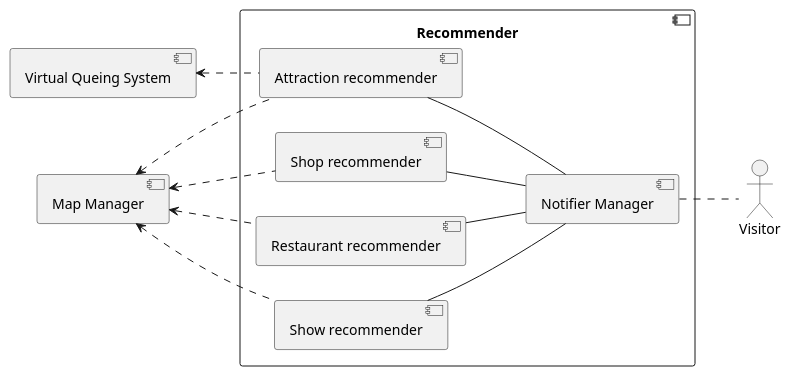
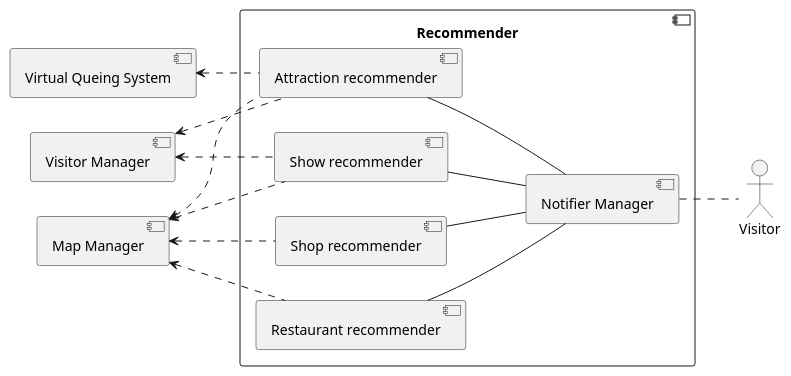
Before and after one commit to ICPS-MicroCity/amusement-park-analysis: the diagram in doc/res/recommender.puml, drawn with PlantUML. The commit also changed 8 other files, not shown here.

Commit message:
docs: architectures pictures

```diff
--- a/doc/res/recommender.puml
+++ b/doc/res/recommender.puml
@@ -1,31 +1,35 @@
 @startuml recommender
 left to right direction
 
 component "Map Manager" as map_manager
 component "Virtual Queing System" as virtual_queing
+component "Visitor Manager" as visitor_manager
 
 component "Recommender" {
     left to right direction
     component "Notifier Manager" as notifier_manager
     component "Shop recommender" as shop_recommender
     component "Attraction recommender" as attraction_recommender
     component "Show recommender" as show_recommender
     component "Restaurant recommender" as restaurant_recommender
 }
 
 actor "Visitor" as visitor
 
 shop_recommender -- notifier_manager
 attraction_recommender -- notifier_manager
 show_recommender -- notifier_manager
 restaurant_recommender -- notifier_manager
 
 shop_recommender .up.> map_manager
 attraction_recommender .up.> map_manager
 show_recommender .up.> map_manager
 restaurant_recommender .up.> map_manager
 attraction_recommender .up.> virtual_queing
+attraction_recommender .up.> visitor_manager
+show_recommender .up.> visitor_manager
+
 
 notifier_manager .. visitor
 
 @enduml
```
